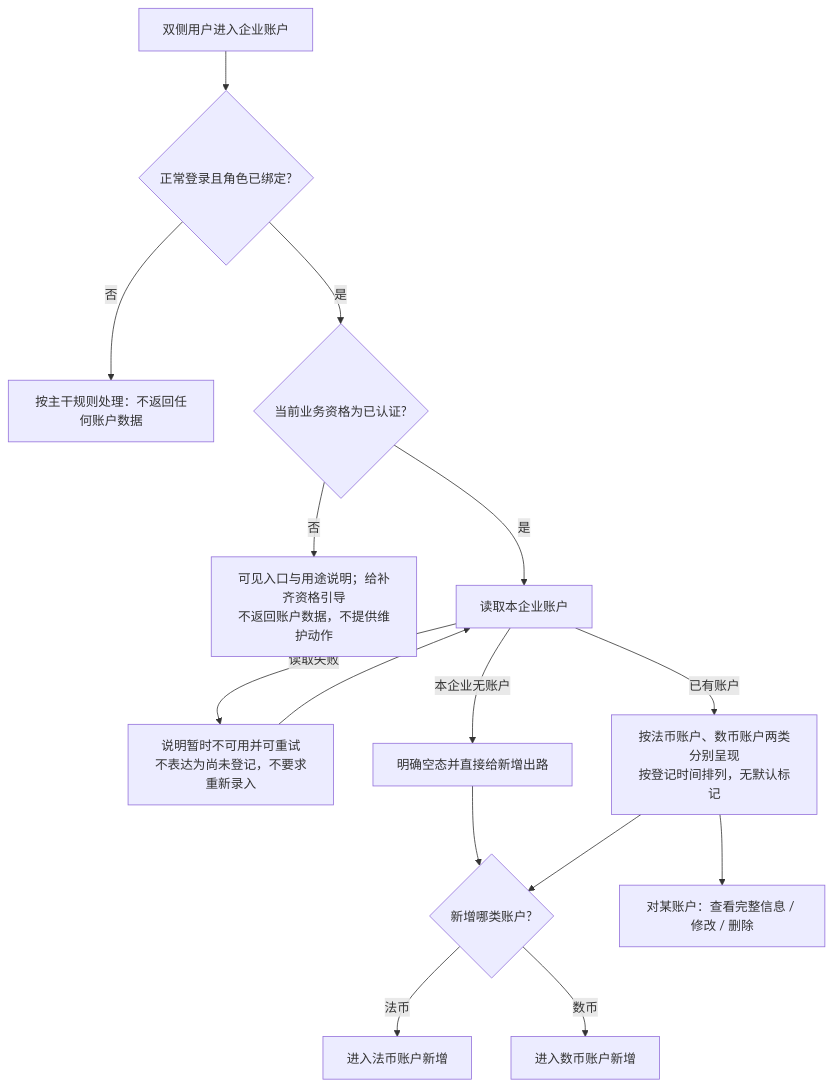
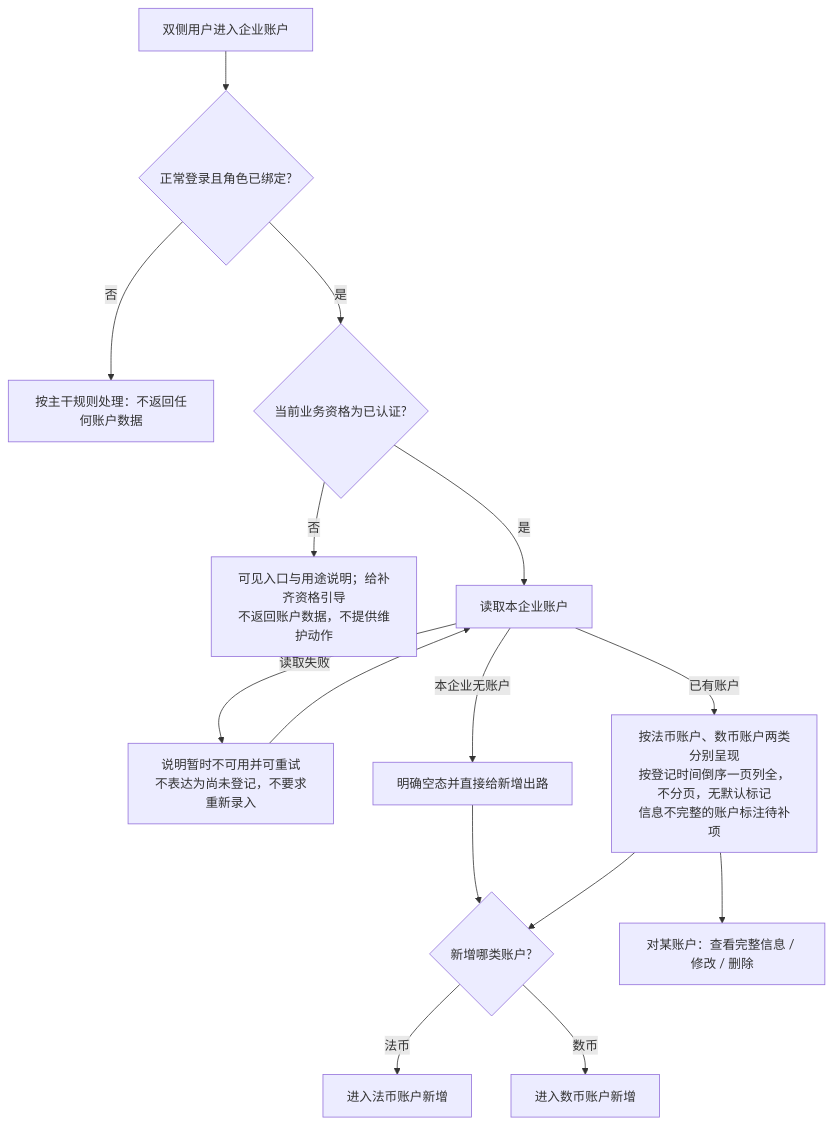
One commit to wxblockchain/Chain-Financing changed the first of 7 diagrams in lending-platform/PRD/面客端/03-企业账户/02-企业账户-流程图与状态机.md. Above: the diagram before and after it, drawn with Mermaid. The commit also changed other lines of this file and 2 other files, not shown here.

````diff
--- a/lending-platform/PRD/面客端/03-企业账户/02-企业账户-流程图与状态机.md
+++ b/lending-platform/PRD/面客端/03-企业账户/02-企业账户-流程图与状态机.md
@@ -14,17 +14,17 @@
 ```mermaid
 flowchart TD
     A[双侧用户进入企业账户] --> B{正常登录且角色已绑定?}
     B -->|否| C[按主干规则处理：不返回任何账户数据]
     B -->|是| D{当前业务资格为已认证?}
     D -->|否| E[可见入口与用途说明；给补齐资格引导<br/>不返回账户数据，不提供维护动作]
     D -->|是| F[读取本企业账户]
     F -->|读取失败| G[说明暂时不可用并可重试<br/>不表达为尚未登记，不要求重新录入]
     G --> F
     F -->|本企业无账户| H[明确空态并直接给新增出路]
-    F -->|已有账户| I[按法币账户、数币账户两类分别呈现<br/>按登记时间排列，无默认标记]
+    F -->|已有账户| I[按法币账户、数币账户两类分别呈现<br/>按登记时间倒序一页列全，不分页，无默认标记<br/>信息不完整的账户标注待补项]
     H --> J{新增哪类账户?}
     I --> J
     I --> K[对某账户：查看完整信息 / 修改 / 删除]
     J -->|法币| L[进入法币账户新增]
     J -->|数币| M[进入数币账户新增]
 ```
````
